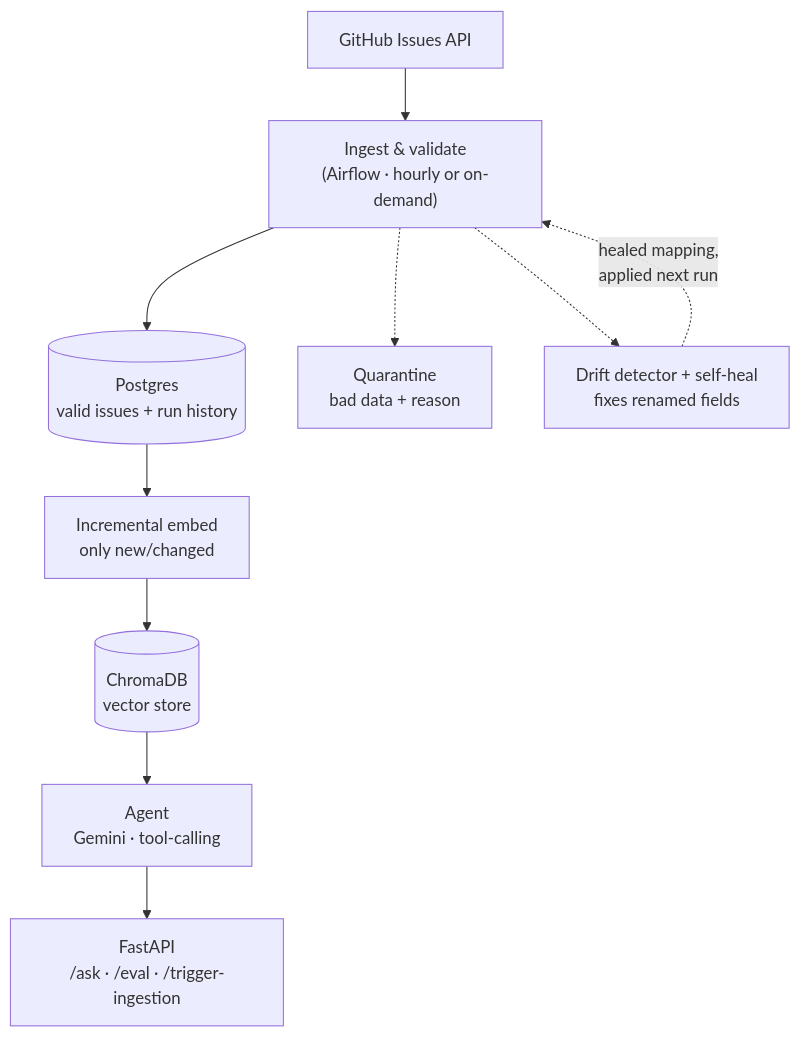
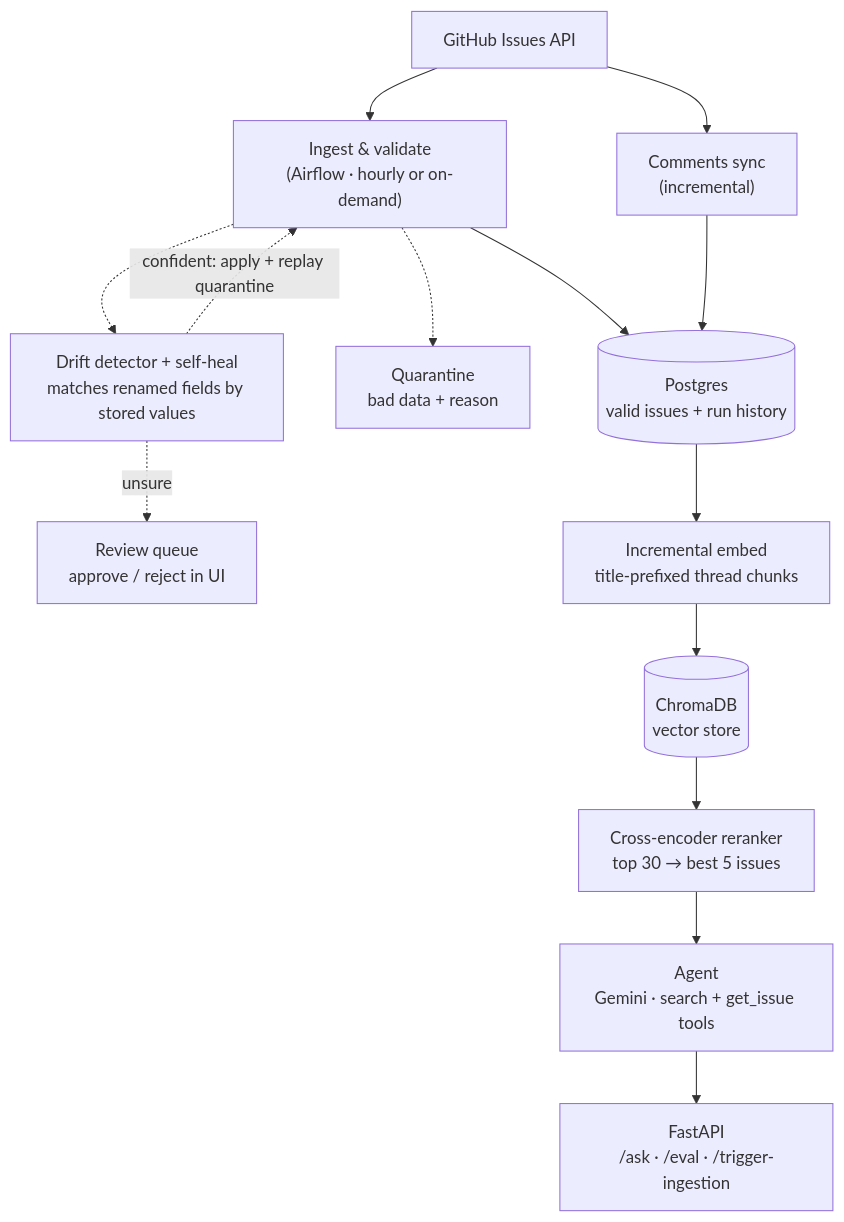
The diagram in README.md (ajayraho/rag-drift), drawn with Mermaid before and after one commit. The commit also changed other lines of this file, not shown here.

Commit message:
README: results table, chunking, reranker, evidence-based self-heal

````diff
--- a/README.md
+++ b/README.md
@@ -45,12 +45,15 @@
 ```mermaid
 flowchart TD
     A[GitHub Issues API] --> B["Ingest & validate<br/>(Airflow · hourly or on-demand)"]
     B --> C[("Postgres<br/>valid issues + run history")]
     B -.-> Q["Quarantine<br/>bad data + reason"]
-    B -.-> D["Drift detector + self-heal<br/>fixes renamed fields"]
-    D -.->|"healed mapping,<br/>applied next run"| B
-    C --> E["Incremental embed<br/>only new/changed"]
+    A --> CM["Comments sync<br/>(incremental)"] --> C
+    B -.-> D["Drift detector + self-heal<br/>matches renamed fields by stored values"]
+    D -.->|"confident: apply + replay quarantine"| B
+    D -.->|"unsure"| R["Review queue<br/>approve / reject in UI"]
+    C --> E["Incremental embed<br/>title-prefixed thread chunks"]
     E --> F[("ChromaDB<br/>vector store")]
-    F --> G["Agent<br/>Gemini · tool-calling"]
+    F --> RR["Cross-encoder reranker<br/>top 30 → best 5 issues"]
+    RR --> G["Agent<br/>Gemini · search + get_issue tools"]
     G --> H["FastAPI<br/>/ask · /eval · /trigger-ingestion"]
 ```
````
